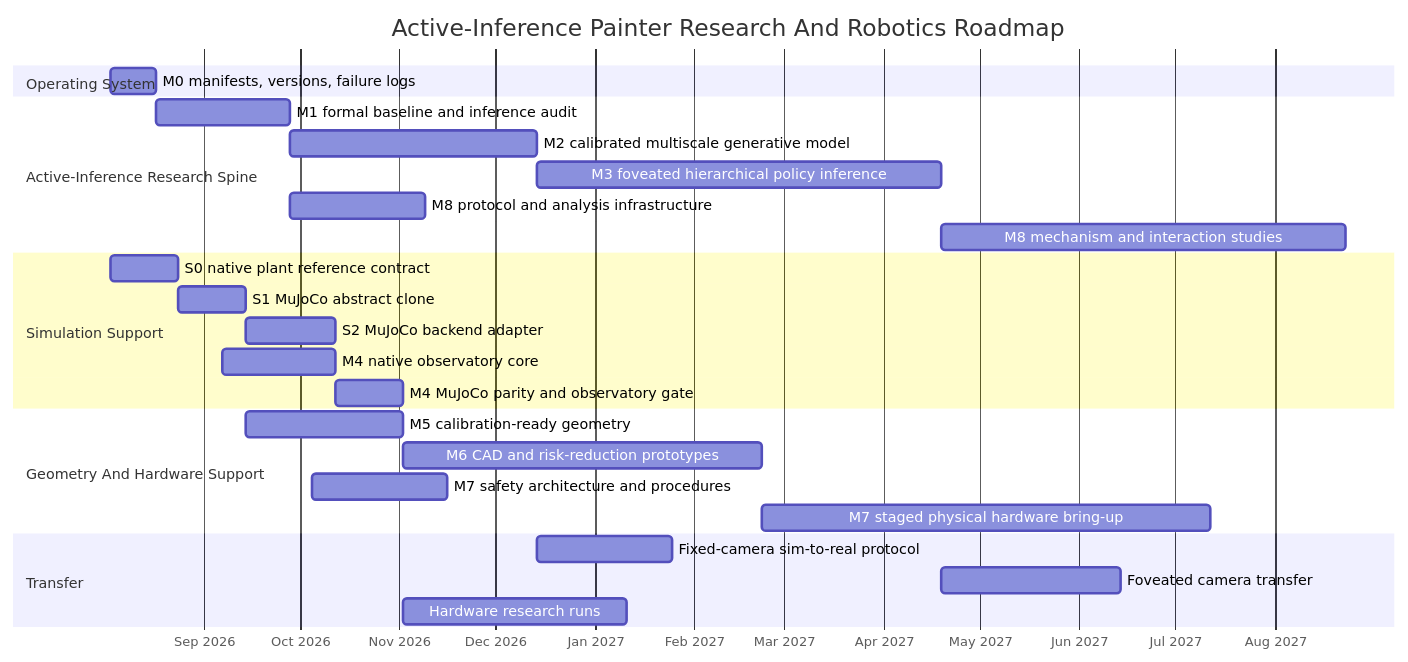
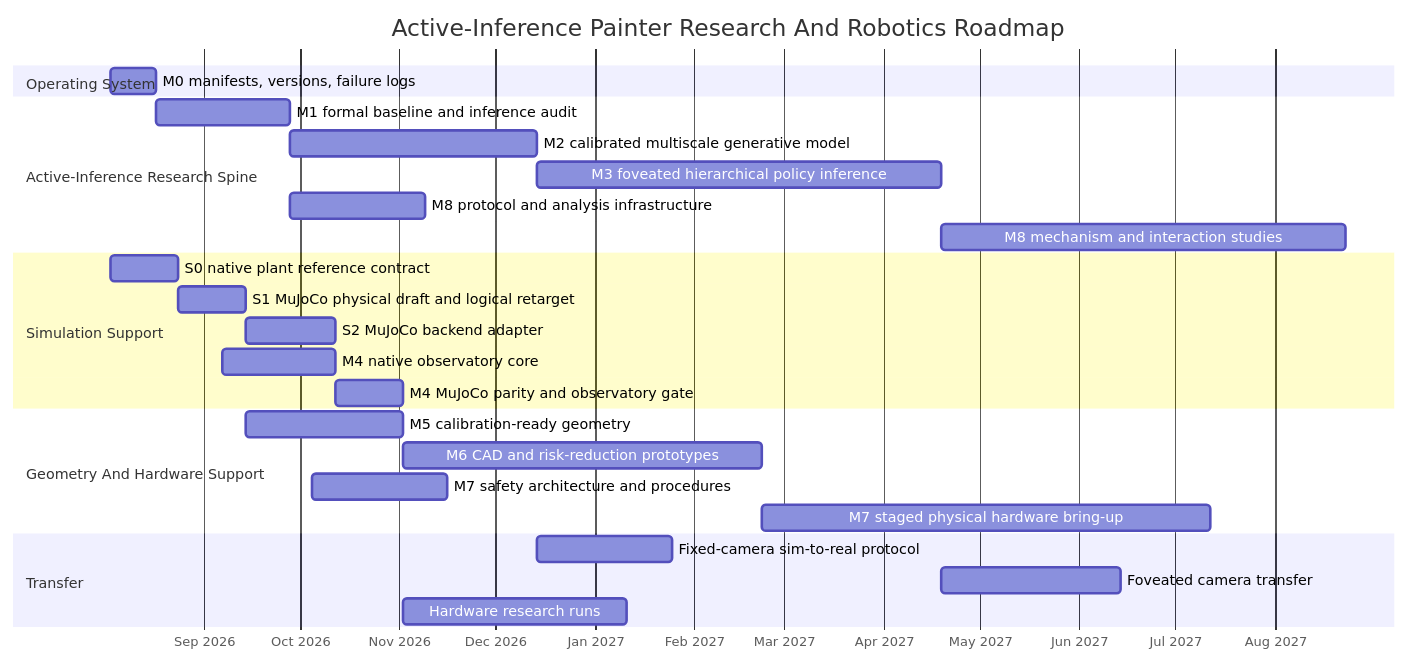
The diagram in planning/GANTT.md (jacksonhill126/Active-Inference-Painter), drawn with Mermaid before and after one commit. The commit also changed 38 other files, not shown here.

````diff
--- a/planning/GANTT.md
+++ b/planning/GANTT.md
@@ -8,34 +8,34 @@
 ```mermaid
 gantt
     title Active-Inference Painter Research And Robotics Roadmap
     dateFormat  YYYY-MM-DD
     axisFormat  %b %Y
 
     section Operating System
     M0 manifests, versions, failure logs          :m0, 2026-08-03, 2w
 
     section Active-Inference Research Spine
     M1 formal baseline and inference audit        :m1, after m0, 6w
     M2 calibrated multiscale generative model     :m2, after m1, 11w
     M3 foveated hierarchical policy inference     :m3, after m2, 18w
     M8 protocol and analysis infrastructure       :m8a, after m1, 6w
     M8 mechanism and interaction studies          :m8b, after m3, 18w
 
     section Simulation Support
     S0 native plant reference contract            :s0, 2026-08-03, 3w
-    S1 MuJoCo abstract clone                      :s1, after s0, 3w
+    S1 MuJoCo physical draft and logical retarget :s1, after s0, 3w
     S2 MuJoCo backend adapter                     :s2, after s1, 4w
     M4 native observatory core                    :m4a, 2026-09-07, 5w
     M4 MuJoCo parity and observatory gate         :m4b, after s2, 3w
 
     section Geometry And Hardware Support
     M5 calibration-ready geometry                 :m5, 2026-09-14, 7w
     M6 CAD and risk-reduction prototypes          :m6, after m5, 16w
     M7 safety architecture and procedures         :m7a, 2026-10-05, 6w
     M7 staged physical hardware bring-up          :m7b, after m6, 20w
 
     section Transfer
     Fixed-camera sim-to-real protocol             :r2, after m2, 6w
     Foveated camera transfer                      :r3, after m3, 8w
     Hardware research runs                        :r4, after m7, 10w
 ```
````
